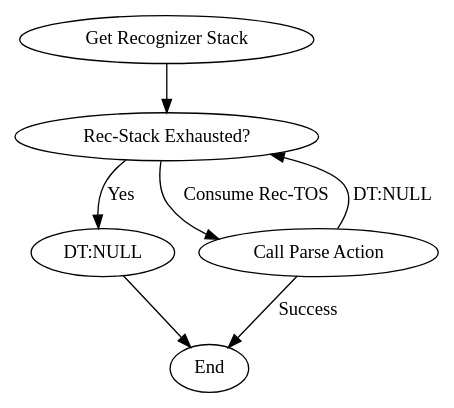
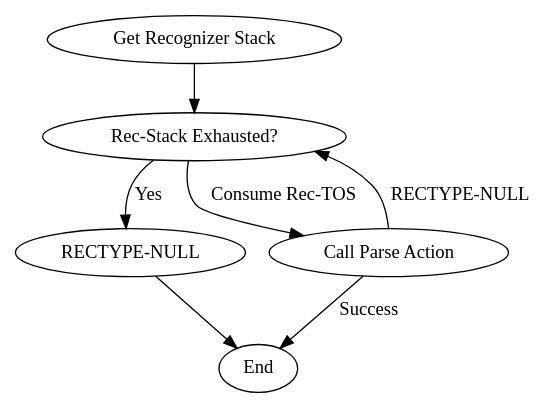
Before and after one commit to snowyu/amforth: the second of 2 diagrams in doc/source/TG/Architecture.rst, drawn with Graphviz. The commit also changed other lines of this file, not shown here.

```diff
--- a/doc/source/TG/Architecture.rst
+++ b/doc/source/TG/Architecture.rst
@@ -101,9 +99,8 @@
 .. digraph:: Recognize
-   :inline:
 
    "Get Recognizer Stack" -> "Rec-Stack Exhausted?"
-   "Rec-Stack Exhausted?" -> "DT:NULL"  [label="Yes"]
+   "Rec-Stack Exhausted?" -> "RECTYPE-NULL"  [label="Yes"]
    "Rec-Stack Exhausted?" -> "Call Parse Action"  [label="Consume Rec-TOS"]
-   "Call Parse Action" -> "Rec-Stack Exhausted?" [label="DT:NULL"]
+   "Call Parse Action" -> "Rec-Stack Exhausted?" [label="RECTYPE-NULL"]
    "Call Parse Action" -> "End" [label="Success"]
-   "DT:NULL" -> "End"
+   "RECTYPE-NULL" -> "End"
```
